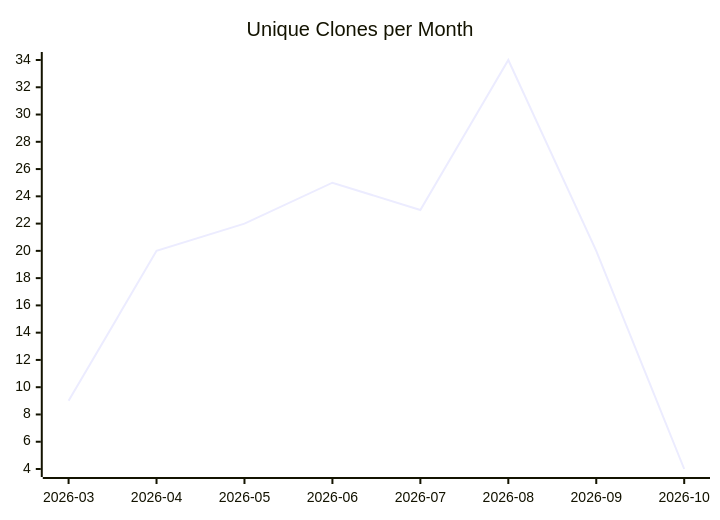
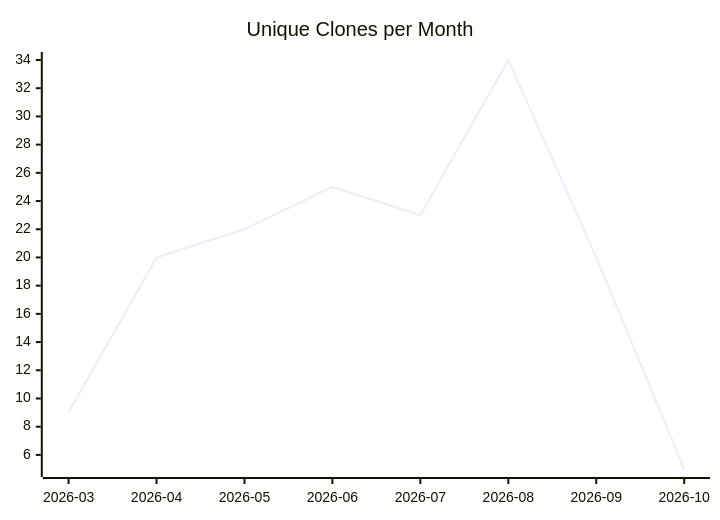
The third of 3 diagrams in karlmdavis/kxml2/README.md (justdavis-family/github-analytics-data), drawn with Mermaid before and after one commit. The commit also changed other lines of this file and 201 other files, not shown here.

````diff
--- a/karlmdavis/kxml2/README.md
+++ b/karlmdavis/kxml2/README.md
@@ -19,6 +19,6 @@
 ```mermaid
 xychart-beta
   title "Unique Clones per Month"
   x-axis ["2026-03", "2026-04", "2026-05", "2026-06", "2026-07", "2026-08", "2026-09", "2026-10"]
-  line [9, 20, 22, 25, 23, 34, 20, 4]
+  line [9, 20, 22, 25, 23, 34, 20, 5]
 ```
````
